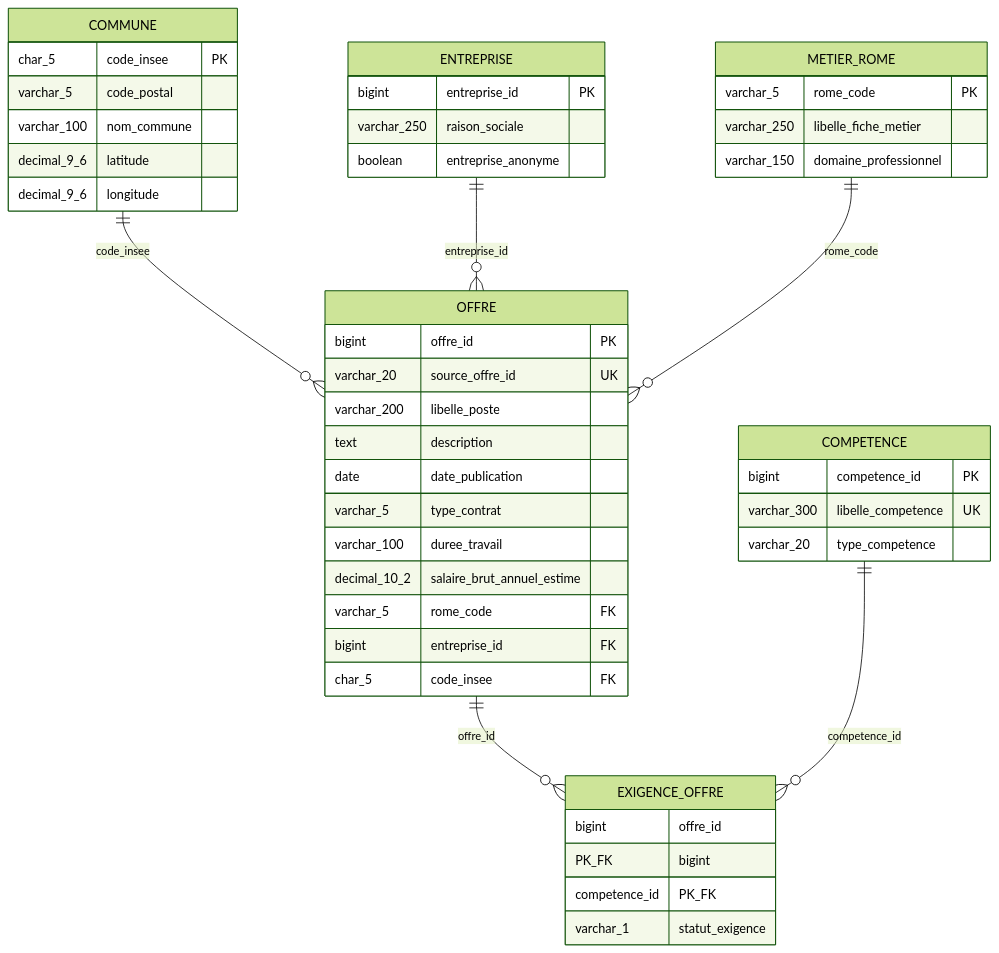
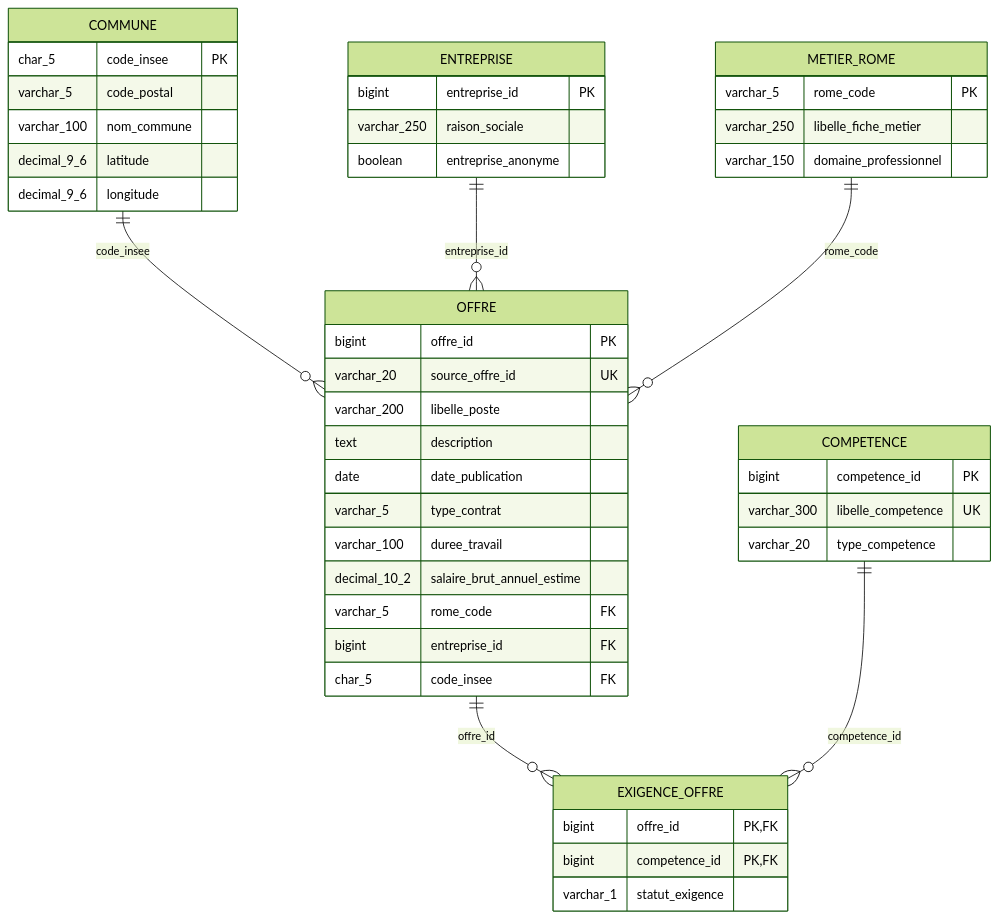
The second of 2 diagrams in README.md (ArashiNilou/TP_Cours_Audit_Cartographie_SQL), drawn with Mermaid (forest theme) before and after one commit. The commit also changed other lines of this file and 27 other files, not shown here.

````diff
--- a/README.md
+++ b/README.md
@@ -345,49 +459,49 @@
 ```mermaid
 erDiagram
     COMMUNE ||--o{ OFFRE : "code_insee"
     ENTREPRISE ||--o{ OFFRE : "entreprise_id"
     METIER_ROME ||--o{ OFFRE : "rome_code"
     OFFRE ||--o{ EXIGENCE_OFFRE : "offre_id"
     COMPETENCE ||--o{ EXIGENCE_OFFRE : "competence_id"
 
     COMMUNE {
         char_5 code_insee PK
         varchar_5 code_postal
         varchar_100 nom_commune
         decimal_9_6 latitude
         decimal_9_6 longitude
     }
     ENTREPRISE {
         bigint entreprise_id PK
         varchar_250 raison_sociale
         boolean entreprise_anonyme
     }
     METIER_ROME {
         varchar_5 rome_code PK
         varchar_250 libelle_fiche_metier
         varchar_150 domaine_professionnel
     }
     OFFRE {
         bigint offre_id PK
         varchar_20 source_offre_id UK
         varchar_200 libelle_poste
         text description
         date date_publication
         varchar_5 type_contrat
         varchar_100 duree_travail
         decimal_10_2 salaire_brut_annuel_estime
         varchar_5 rome_code FK
         bigint entreprise_id FK
         char_5 code_insee FK
     }
     COMPETENCE {
         bigint competence_id PK
         varchar_300 libelle_competence UK
         varchar_20 type_competence
     }
     EXIGENCE_OFFRE {
-        bigint offre_id PK_FK
-        bigint competence_id PK_FK
+        bigint offre_id PK, FK
+        bigint competence_id PK, FK
         varchar_1 statut_exigence
     }
 ```
````
